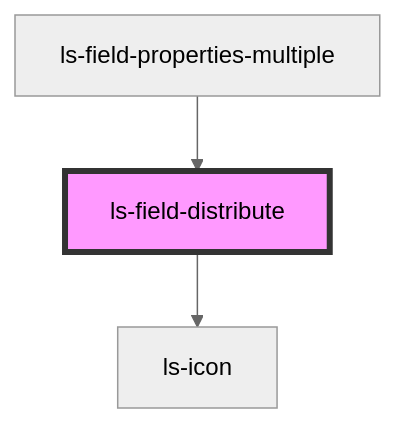
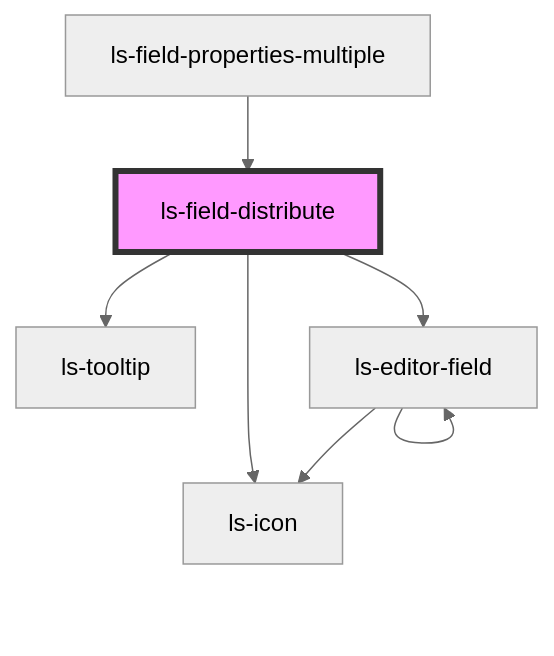
The diagram in src/components/ls-field-distribute/readme.md (legalesign/ls-document-viewer), drawn with Mermaid (neutral theme) before and after one commit. The commit also changed other lines of this file and 34 other files, not shown here.

````diff
--- a/src/components/ls-field-distribute/readme.md
+++ b/src/components/ls-field-distribute/readme.md
@@ -34,6 +36,10 @@
 ```mermaid
 graph TD;
   ls-field-distribute --> ls-icon
+  ls-field-distribute --> ls-tooltip
+  ls-field-distribute --> ls-editor-field
+  ls-editor-field --> ls-icon
+  ls-editor-field --> ls-editor-field
   ls-field-properties-multiple --> ls-field-distribute
   style ls-field-distribute fill:#f9f,stroke:#333,stroke-width:4px
 ```
````
